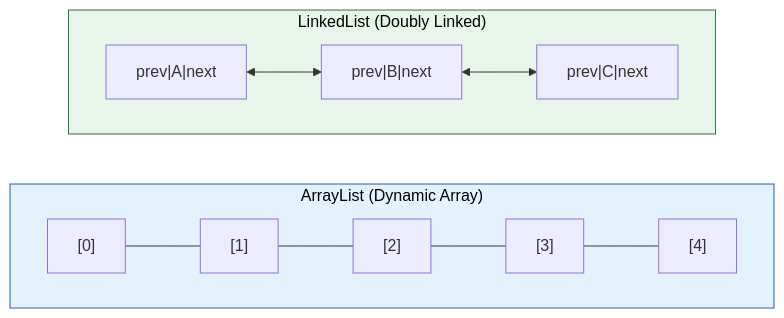
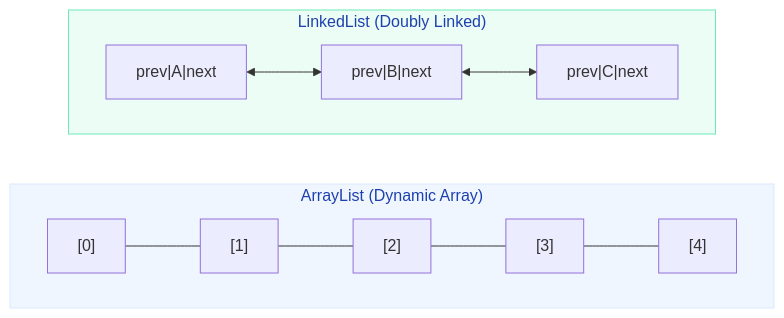
One commit to saivamsikaruturi/vamsilabs-dev-notes-main changed the first of 2 diagrams in docs/java/DiffCollections.md. Above: the diagram before and after it, drawn with Mermaid. The commit also changed other lines of this file and 220 other files, not shown here.

First line of the commit message:
Add 50+ new Java/Spring Boot pages, rewrite CSS code blocks to Oracle style, fix all diagram colors

````diff
--- a/docs/java/DiffCollections.md
+++ b/docs/java/DiffCollections.md
@@ -9,15 +9,15 @@
 ```mermaid
 flowchart LR
     subgraph AL["ArrayList (Dynamic Array)"]
         direction LR
         A0["[0]"] --- A1["[1]"] --- A2["[2]"] --- A3["[3]"] --- A4["[4]"]
     end
     
     subgraph LL["LinkedList (Doubly Linked)"]
         direction LR
         N0["prev|A|next"] <--> N1["prev|B|next"] <--> N2["prev|C|next"]
     end
 
-    style AL fill:#E3F2FD,stroke:#1565C0,color:#000
-    style LL fill:#E8F5E9,stroke:#2E7D32,color:#000
+    style AL fill:#EFF6FF,stroke:#DBEAFE,color:#1E40AF
+    style LL fill:#ECFDF5,stroke:#6EE7B7,color:#1E40AF
 ```
````
